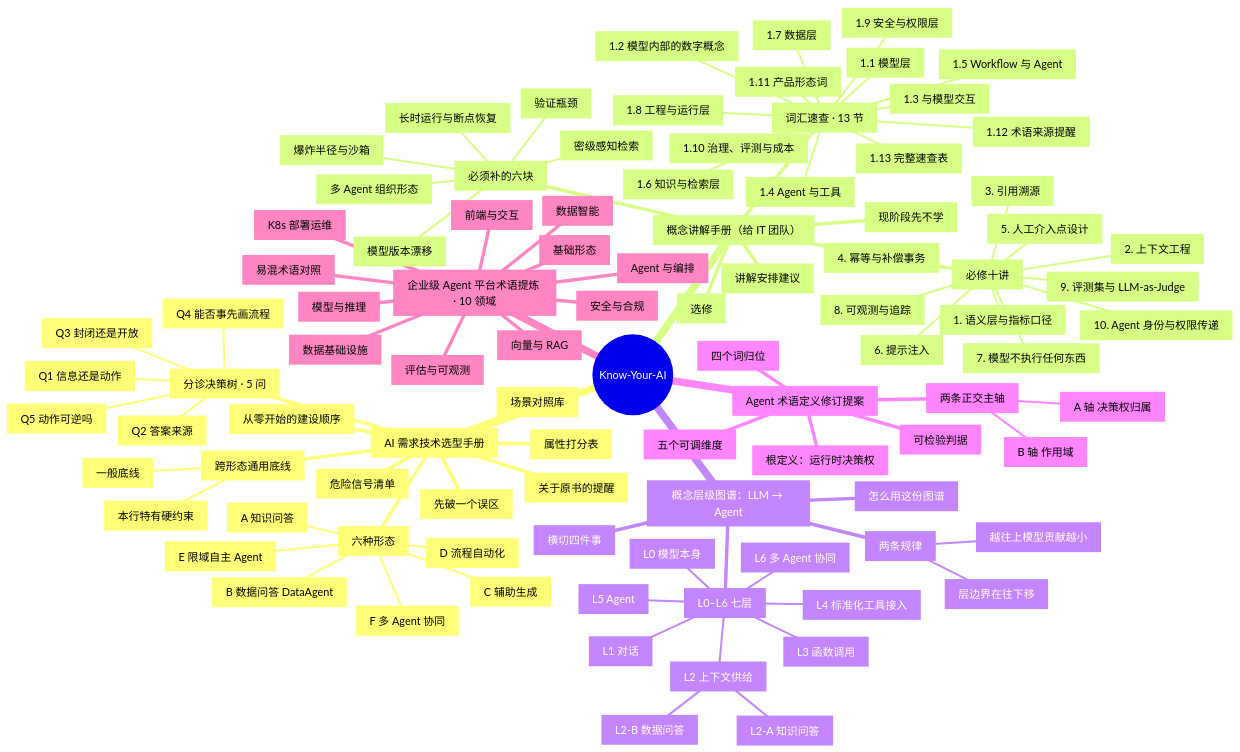
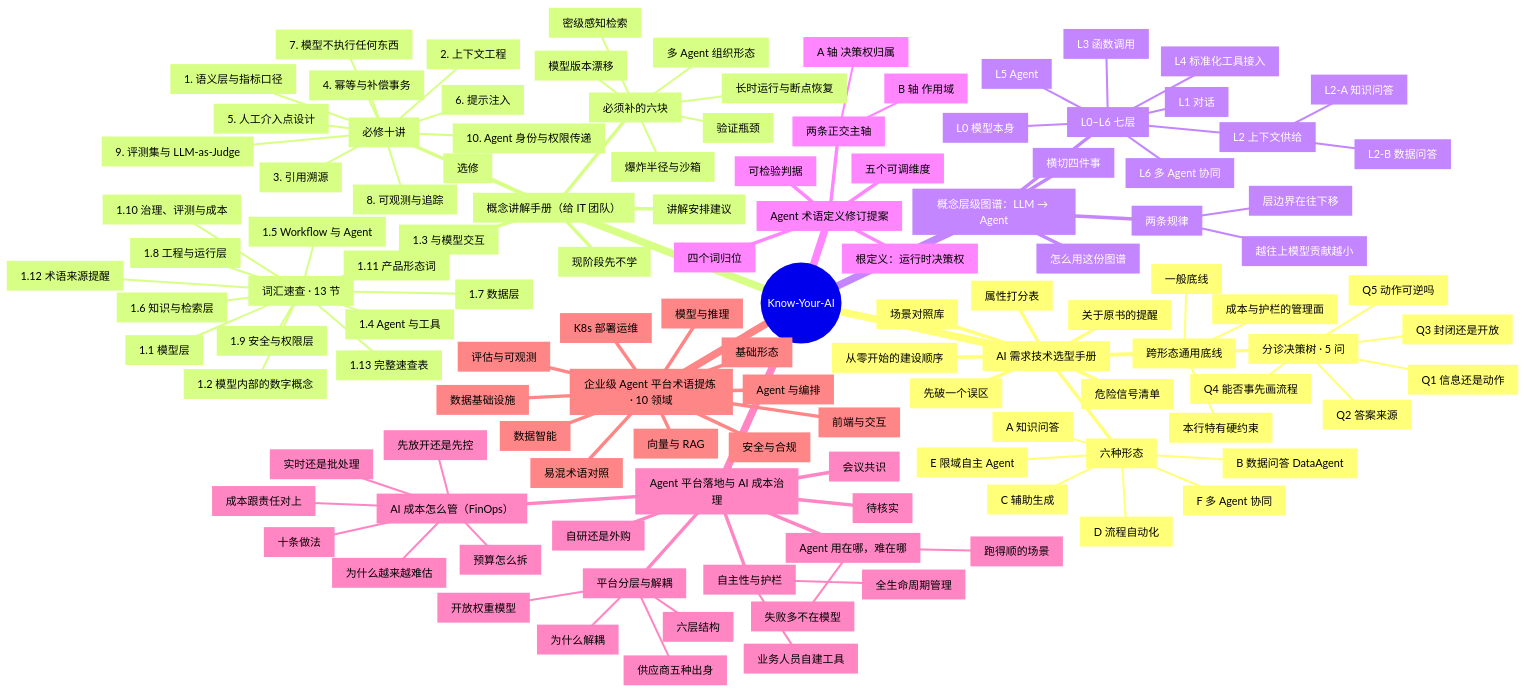
One commit to pz1130/Know-AI changed the diagram in 思维导图_全景.md. Above: the diagram before and after it, drawn with Mermaid. The commit also changed other lines of this file and 31 other files, not shown here.

First line of the commit message:
docs: 整合 Agent 平台落地与 AI 成本治理会议要点 (#20)

````diff
--- a/思维导图_全景.md
+++ b/思维导图_全景.md
@@ -32,81 +32,104 @@
       n16["跨形态通用底线"]
         n17["一般底线"]
         n18["本行特有硬约束"]
-      n19["属性打分表"]
-      n20["场景对照库"]
-      n21["从零开始的建设顺序"]
-      n22["危险信号清单"]
-      n23["关于原书的提醒"]
-    n24["概念讲解手册（给 IT 团队）"]
-      n25["词汇速查 · 13 节"]
-        n26["1.1 模型层"]
-        n27["1.2 模型内部的数字概念"]
-        n28["1.3 与模型交互"]
-        n29["1.4 Agent 与工具"]
-        n30["1.5 Workflow 与 Agent"]
-        n31["1.6 知识与检索层"]
-        n32["1.7 数据层"]
-        n33["1.8 工程与运行层"]
-        n34["1.9 安全与权限层"]
-        n35["1.10 治理、评测与成本"]
-        n36["1.11 产品形态词"]
-        n37["1.12 术语来源提醒"]
-        n38["1.13 完整速查表"]
-      n39["必修十讲"]
-        n40["1. 语义层与指标口径"]
-        n41["2. 上下文工程"]
-        n42["3. 引用溯源"]
-        n43["4. 幂等与补偿事务"]
-        n44["5. 人工介入点设计"]
-        n45["6. 提示注入"]
-        n46["7. 模型不执行任何东西"]
-        n47["8. 可观测与追踪"]
-        n48["9. 评测集与 LLM-as-Judge"]
-        n49["10. Agent 身份与权限传递"]
-      n50["选修"]
-      n51["现阶段先不学"]
-      n52["必须补的六块"]
-        n53["爆炸半径与沙箱"]
-        n54["长时运行与断点恢复"]
-        n55["验证瓶颈"]
-        n56["多 Agent 组织形态"]
-        n57["密级感知检索"]
-        n58["模型版本漂移"]
-      n59["讲解安排建议"]
-    n60["概念层级图谱：LLM → Agent"]
-      n61["L0–L6 七层"]
-        n62["L0 模型本身"]
-        n63["L1 对话"]
-        n64["L2 上下文供给"]
-          n65["L2-A 知识问答"]
-          n66["L2-B 数据问答"]
-        n67["L3 函数调用"]
-        n68["L4 标准化工具接入"]
-        n69["L5 Agent"]
-        n70["L6 多 Agent 协同"]
-      n71["横切四件事"]
-      n72["两条规律"]
-        n73["越往上模型贡献越小"]
-        n74["层边界在往下移"]
-      n75["怎么用这份图谱"]
-    n76["Agent 术语定义修订提案"]
-      n77["根定义：运行时决策权"]
-      n78["两条正交主轴"]
-        n79["A 轴 决策权归属"]
-        n80["B 轴 作用域"]
-      n81["五个可调维度"]
-      n82["可检验判据"]
-      n83["四个词归位"]
-    n84["企业级 Agent 平台术语提炼 · 10 领域"]
-      n85["基础形态"]
-      n86["模型与推理"]
-      n87["数据基础设施"]
-      n88["向量与 RAG"]
-      n89["Agent 与编排"]
-      n90["评估与可观测"]
-      n91["安全与合规"]
-      n92["K8s 部署运维"]
-      n93["前端与交互"]
-      n94["数据智能"]
-      n95["易混术语对照"]
+        n19["成本与护栏的管理面"]
+      n20["属性打分表"]
+      n21["场景对照库"]
+      n22["从零开始的建设顺序"]
+      n23["危险信号清单"]
+      n24["关于原书的提醒"]
+    n25["概念讲解手册（给 IT 团队）"]
+      n26["词汇速查 · 13 节"]
+        n27["1.1 模型层"]
+        n28["1.2 模型内部的数字概念"]
+        n29["1.3 与模型交互"]
+        n30["1.4 Agent 与工具"]
+        n31["1.5 Workflow 与 Agent"]
+        n32["1.6 知识与检索层"]
+        n33["1.7 数据层"]
+        n34["1.8 工程与运行层"]
+        n35["1.9 安全与权限层"]
+        n36["1.10 治理、评测与成本"]
+        n37["1.11 产品形态词"]
+        n38["1.12 术语来源提醒"]
+        n39["1.13 完整速查表"]
+      n40["必修十讲"]
+        n41["1. 语义层与指标口径"]
+        n42["2. 上下文工程"]
+        n43["3. 引用溯源"]
+        n44["4. 幂等与补偿事务"]
+        n45["5. 人工介入点设计"]
+        n46["6. 提示注入"]
+        n47["7. 模型不执行任何东西"]
+        n48["8. 可观测与追踪"]
+        n49["9. 评测集与 LLM-as-Judge"]
+        n50["10. Agent 身份与权限传递"]
+      n51["选修"]
+      n52["现阶段先不学"]
+      n53["必须补的六块"]
+        n54["爆炸半径与沙箱"]
+        n55["长时运行与断点恢复"]
+        n56["验证瓶颈"]
+        n57["多 Agent 组织形态"]
+        n58["密级感知检索"]
+        n59["模型版本漂移"]
+      n60["讲解安排建议"]
+    n61["概念层级图谱：LLM → Agent"]
+      n62["L0–L6 七层"]
+        n63["L0 模型本身"]
+        n64["L1 对话"]
+        n65["L2 上下文供给"]
+          n66["L2-A 知识问答"]
+          n67["L2-B 数据问答"]
+        n68["L3 函数调用"]
+        n69["L4 标准化工具接入"]
+        n70["L5 Agent"]
+        n71["L6 多 Agent 协同"]
+      n72["横切四件事"]
+      n73["两条规律"]
+        n74["越往上模型贡献越小"]
+        n75["层边界在往下移"]
+      n76["怎么用这份图谱"]
+    n77["Agent 术语定义修订提案"]
+      n78["根定义：运行时决策权"]
+      n79["两条正交主轴"]
+        n80["A 轴 决策权归属"]
+        n81["B 轴 作用域"]
+      n82["五个可调维度"]
+      n83["可检验判据"]
+      n84["四个词归位"]
+    n85["Agent 平台落地与 AI 成本治理"]
+      n86["Agent 用在哪，难在哪"]
+        n87["跑得顺的场景"]
+        n88["失败多不在模型"]
+      n89["平台分层与解耦"]
+        n90["六层结构"]
+        n91["为什么解耦"]
+        n92["开放权重模型"]
+        n93["供应商五种出身"]
+      n94["自主性与护栏"]
+        n95["全生命周期管理"]
+        n96["业务人员自建工具"]
+      n97["AI 成本怎么管（FinOps）"]
+        n98["为什么越来越难估"]
+        n99["十条做法"]
+        n100["实时还是批处理"]
+        n101["成本跟责任对上"]
+        n102["先放开还是先控"]
+        n103["预算怎么拆"]
+      n104["自研还是外购"]
+      n105["会议共识"]
+      n106["待核实"]
+    n107["企业级 Agent 平台术语提炼 · 10 领域"]
+      n108["基础形态"]
+      n109["模型与推理"]
+      n110["数据基础设施"]
+      n111["向量与 RAG"]
+      n112["Agent 与编排"]
+      n113["评估与可观测"]
+      n114["安全与合规"]
+      n115["K8s 部署运维"]
+      n116["前端与交互"]
+      n117["数据智能"]
+      n118["易混术语对照"]
 ```
````
